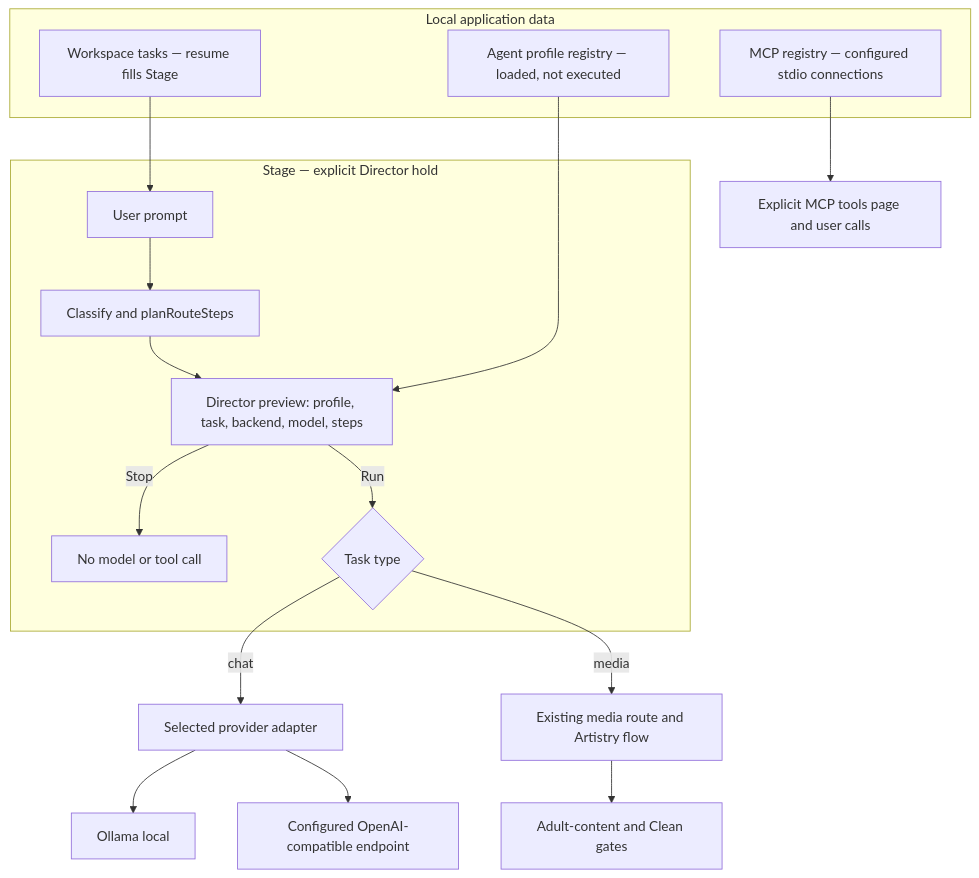
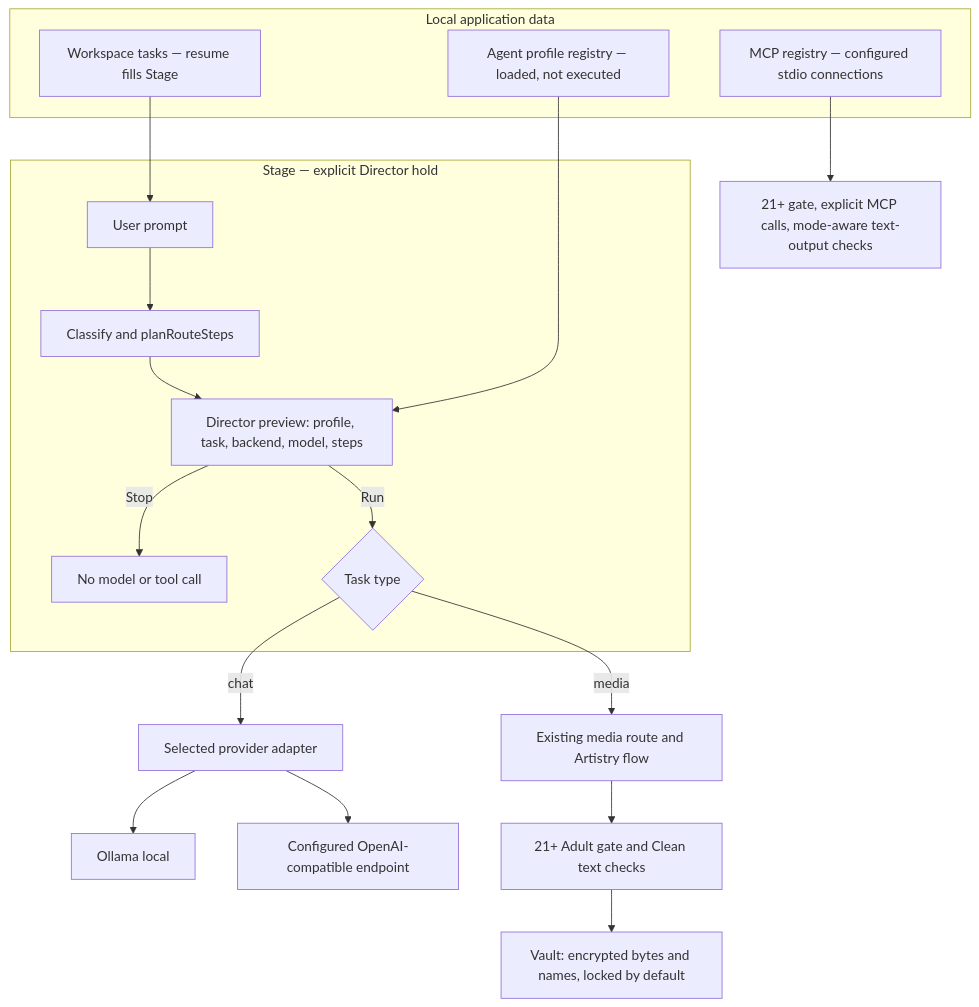
One commit to youandinotai/trolly-agent changed the diagram in docs/ARCHITECTURE.md. Above: the diagram before and after it, drawn with Mermaid. The commit also changed other lines of this file and 38 other files, not shown here.

First line of the commit message:
Enforce 21+ gates and encrypt the Vault.

````diff
--- a/docs/ARCHITECTURE.md
+++ b/docs/ARCHITECTURE.md
@@ -3,22 +3,23 @@
 ```mermaid
 graph TD
   subgraph Stage["Stage — explicit Director hold"]
     U[User prompt] --> R[Classify and planRouteSteps]
     R --> D[Director preview: profile, task, backend, model, steps]
     D -->|Stop| X[No model or tool call]
     D -->|Run| C{Task type}
   end
   C -->|chat| P[Selected provider adapter]
   P --> O[Ollama local]
   P --> G[Configured OpenAI-compatible endpoint]
   C -->|media| A[Existing media route and Artistry flow]
-  A --> S[Adult-content and Clean gates]
+  A --> S[21+ Adult gate and Clean text checks]
   subgraph Local["Local application data"]
     AG[Agent profile registry — loaded, not executed]
     W[Workspace tasks — resume fills Stage]
     MC[MCP registry — configured stdio connections]
   end
   AG --> D
   W --> U
-  MC --> T[Explicit MCP tools page and user calls]
+  MC --> T[21+ gate, explicit MCP calls, mode-aware text-output checks]
+  S --> V[Vault: encrypted bytes and names, locked by default]
 ```
````
